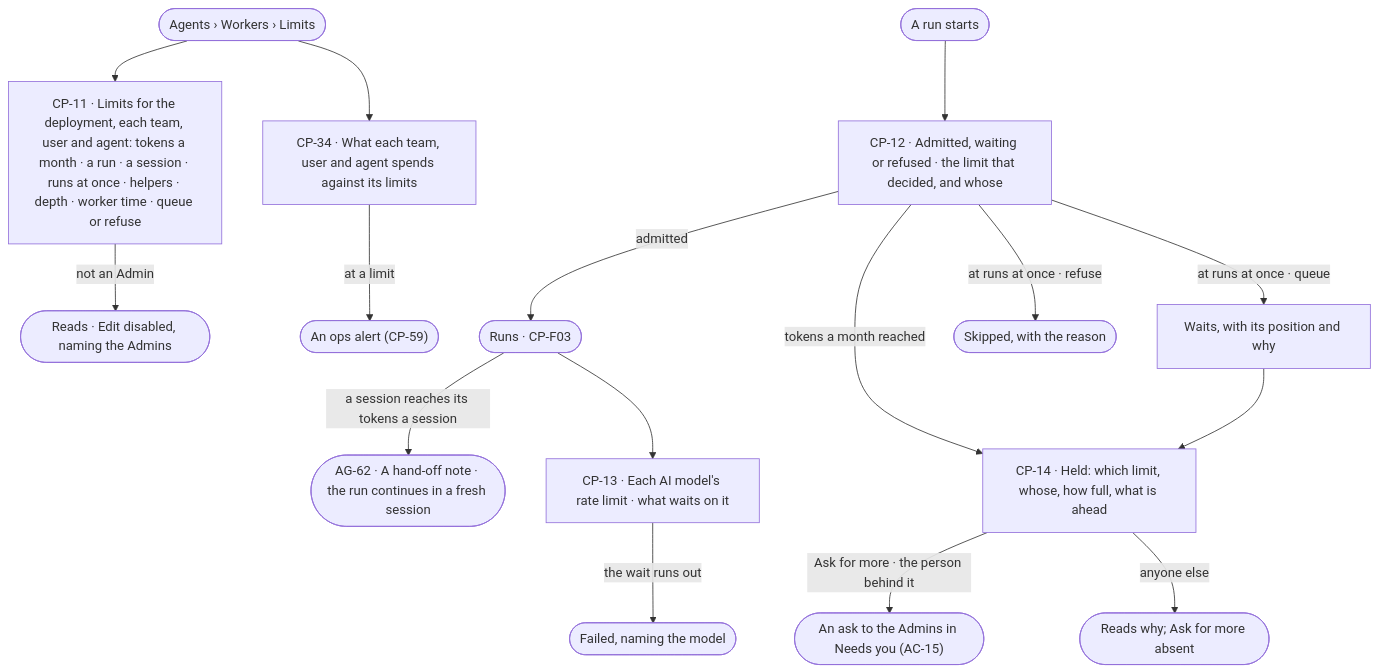
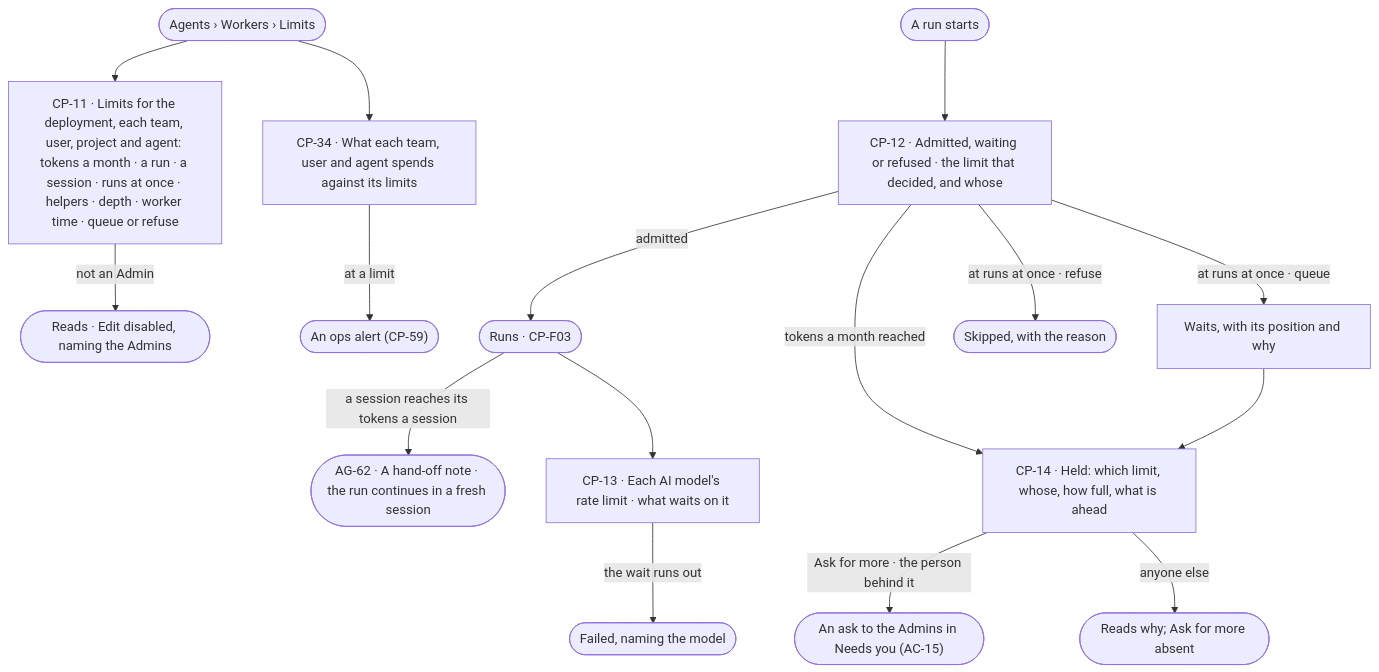
Before and after one commit to invana/invana: the diagram in specs/os/control/features/CP-F04-limits/feature.md, drawn with Mermaid. The commit also changed other lines of this file and 26 other files, not shown here.

First line of the commit message:
docs(specs): one Access Policy type, tabbed policy form, project limits

````diff
--- a/specs/os/control/features/CP-F04-limits/feature.md
+++ b/specs/os/control/features/CP-F04-limits/feature.md
@@ -27,18 +27,18 @@
 ```mermaid
 flowchart TD
-  s([Agents › Workers › Limits]) --> lim["CP-11 · Limits for the deployment, each team, user and agent: tokens a month · a run · a session · runs at once · helpers · depth · worker time · queue or refuse"]
+  s([Agents › Workers › Limits]) --> lim["CP-11 · Limits for the deployment, each team, user, project and agent: tokens a month · a run · a session · runs at once · helpers · depth · worker time · queue or refuse"]
   lim -->|not an Admin| ro(["Reads · Edit disabled, naming the Admins"])
   s --> use["CP-34 · What each team, user and agent spends against its limits"]
   use -->|at a limit| al(["An ops alert (CP-59)"])
   start([A run starts]) --> adm["CP-12 · Admitted, waiting or refused · the limit that decided, and whose"]
   adm -->|admitted| go(["Runs · CP-F03"])
   go -->|a session reaches its tokens a session| cont(["AG-62 · A hand-off note · the run continues in a fresh session"])
   adm -->|at runs at once · queue| w["Waits, with its position and why"]
   adm -->|at runs at once · refuse| no(["Skipped, with the reason"])
   adm -->|tokens a month reached| held["CP-14 · Held: which limit, whose, how full, what is ahead"]
   go --> ai["CP-13 · Each AI model's rate limit · what waits on it"]
   ai -->|the wait runs out| f(["Failed, naming the model"])
   w --> held
   held -->|Ask for more · the person behind it| ask(["An ask to the Admins in Needs you (AC-15)"])
   held -->|anyone else| why(["Reads why; Ask for more absent"])
 ```
````
